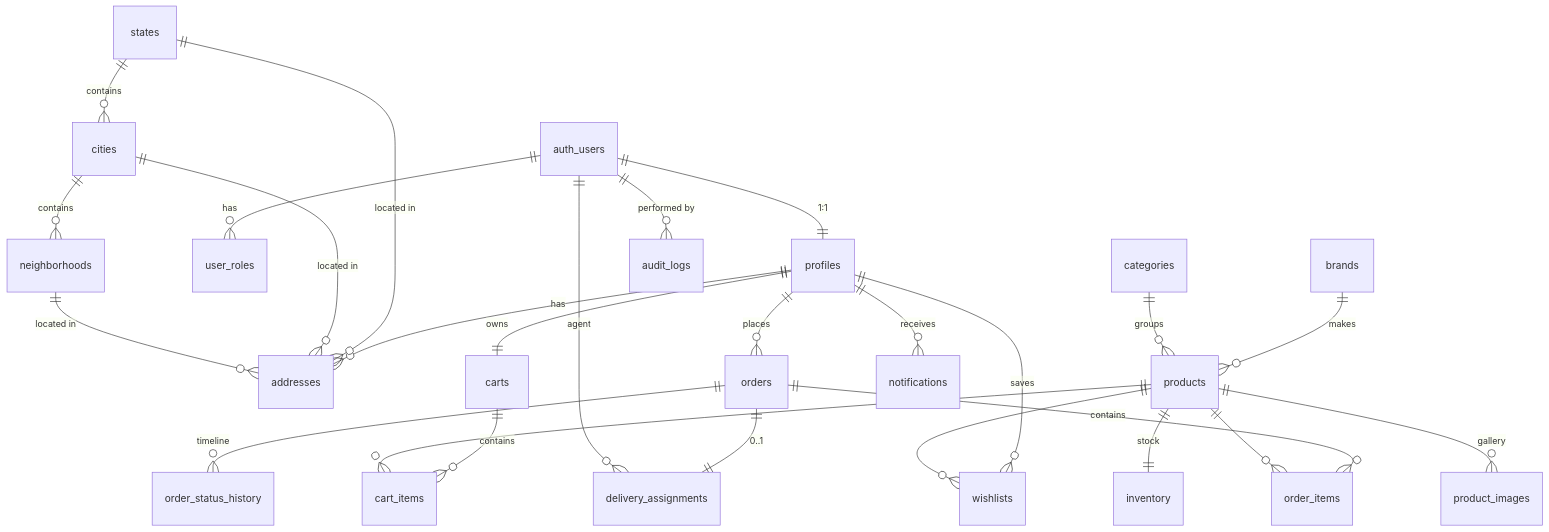
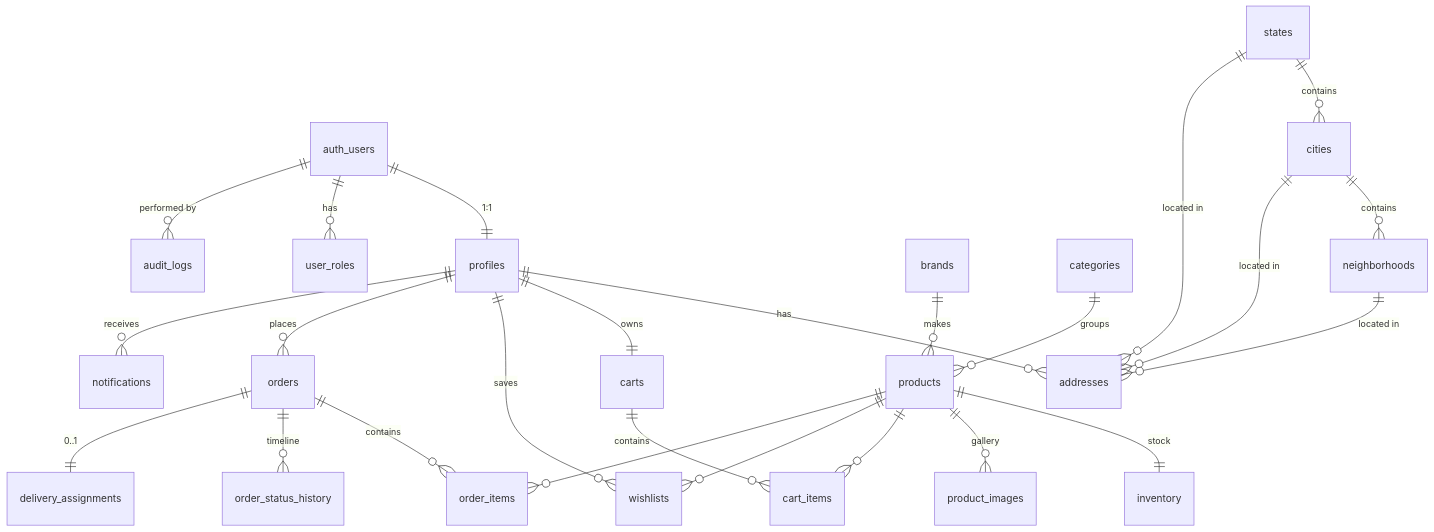
One commit to h6026790-ctrl/metacare-beauty-sudano changed the diagram in docs/ERD.md. Above: the diagram before and after it, drawn with Mermaid. The commit also changed other lines of this file and 2 other files, not shown here.

````diff
--- a/docs/ERD.md
+++ b/docs/ERD.md
@@ -3,33 +3,32 @@
 ```mermaid
 erDiagram
   auth_users ||--|| profiles : "1:1"
   auth_users ||--o{ user_roles : "has"
   profiles ||--o{ addresses : "has"
   profiles ||--|| carts : "owns"
   profiles ||--o{ wishlists : "saves"
   profiles ||--o{ orders : "places"
 
   states ||--o{ cities : "contains"
   cities ||--o{ neighborhoods : "contains"
   states ||--o{ addresses : "located in"
   cities ||--o{ addresses : "located in"
   neighborhoods ||--o{ addresses : "located in"
 
   brands ||--o{ products : "makes"
   categories ||--o{ products : "groups"
   products ||--|| inventory : "stock"
   products ||--o{ product_images : "gallery"
 
   carts ||--o{ cart_items : "contains"
   products ||--o{ cart_items : ""
   products ||--o{ wishlists : ""
 
   orders ||--o{ order_items : "contains"
   orders ||--o{ order_status_history : "timeline"
   orders ||--|| delivery_assignments : "0..1"
   products ||--o{ order_items : ""
-  auth_users ||--o{ delivery_assignments : "agent"
 
   profiles ||--o{ notifications : "receives"
   auth_users ||--o{ audit_logs : "performed by"
 ```
````
